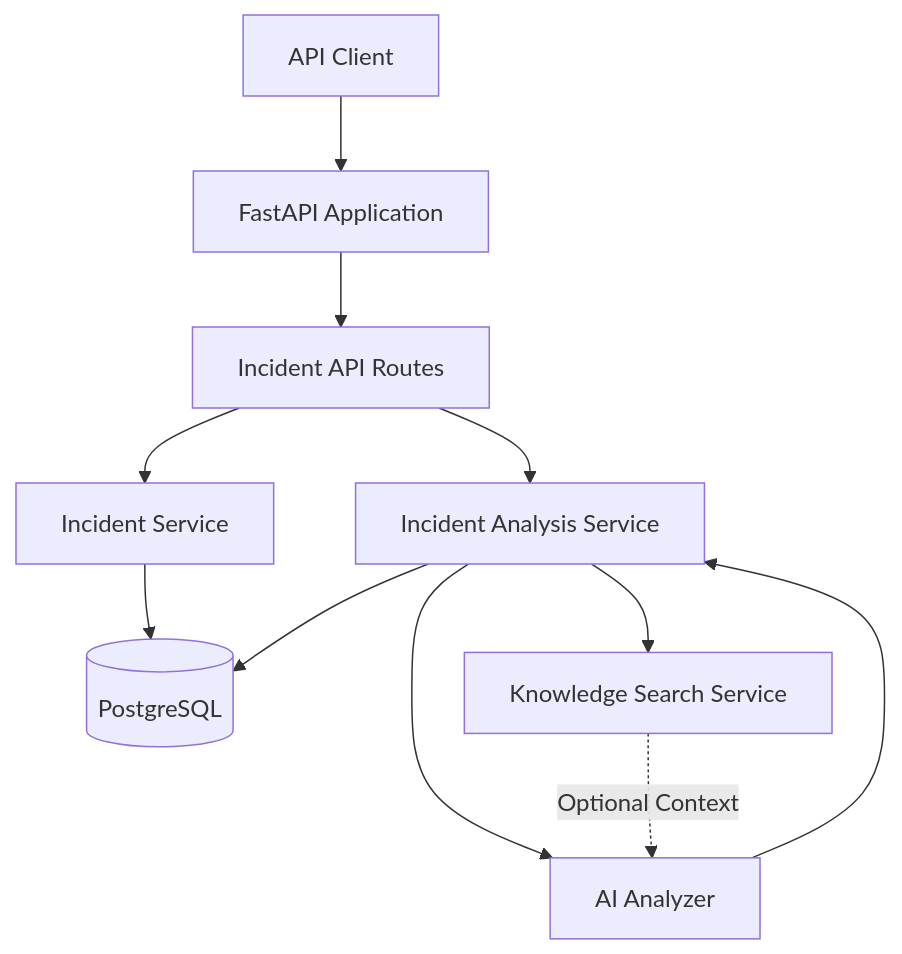
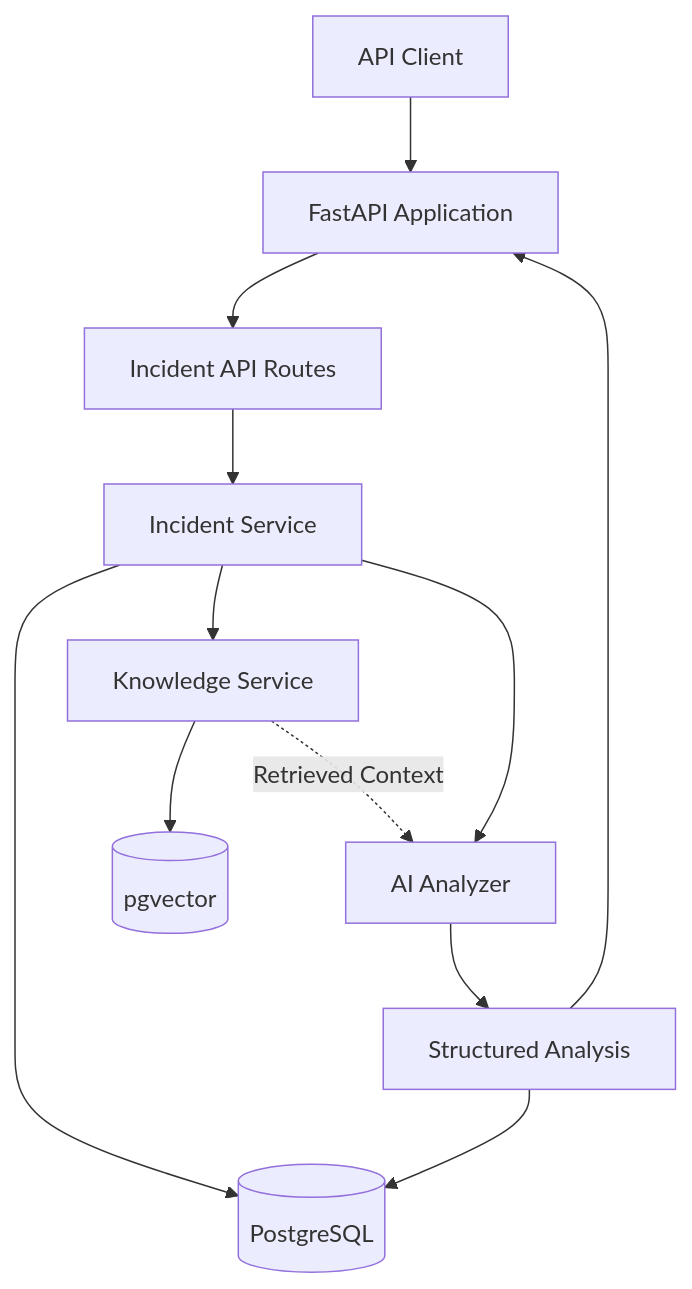
One commit to frankierosa/ai-incident-response-platform changed the first of 2 diagrams in README.md. Above: the diagram before and after it, drawn with Mermaid. The commit also changed other lines of this file and 2 other files, not shown here.

````diff
--- a/README.md
+++ b/README.md
@@ -123,13 +109,14 @@
 ```mermaid
 flowchart TD
     Client[API Client] --> API[FastAPI Application]
     API --> Routes[Incident API Routes]
     Routes --> Service[Incident Service]
     Service --> DB[(PostgreSQL)]
-    Routes --> Analysis[Incident Analysis Service]
-    Analysis --> Knowledge[Knowledge Search Service]
-    Analysis --> Analyzer[AI Analyzer]
-    Knowledge -. Optional Context .-> Analyzer
-    Analyzer --> Analysis
-    Analysis --> DB
+    Service --> Knowledge[Knowledge Service]
+    Knowledge --> Vector[(pgvector)]
+    Service --> Analyzer[AI Analyzer]
+    Knowledge -. Retrieved Context .-> Analyzer
+    Analyzer --> Result[Structured Analysis]
+    Result --> DB
+    Result --> API
 ```
````
